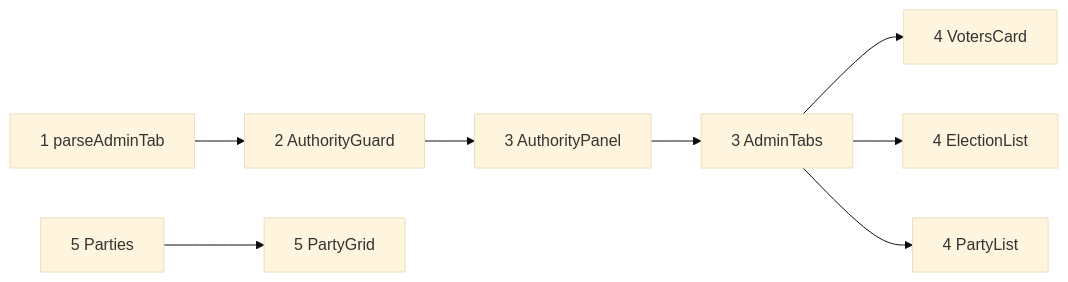
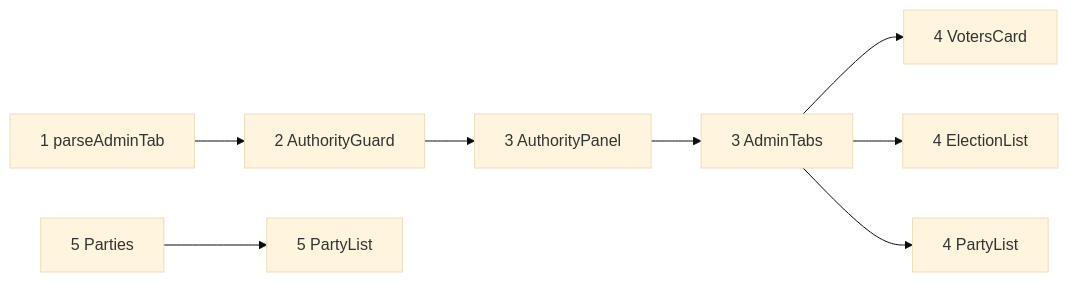
Before and after one commit to paulosergioamorim/ethereum_elections_dapp: the first of 2 diagrams in .specs/features/page-layout/plan.md, drawn with Mermaid (base theme). The commit also changed other lines of this file and 3 other files, not shown here.

````diff
--- a/.specs/features/page-layout/plan.md
+++ b/.specs/features/page-layout/plan.md
@@ -24,10 +24,10 @@
 ```mermaid
 flowchart LR
   U[1 parseAdminTab] --> G[2 AuthorityGuard]
   G --> P[3 AuthorityPanel]
   P --> T[3 AdminTabs]
   T --> V[4 VotersCard]
   T --> E[4 ElectionList]
   T --> L[4 PartyList]
-  R[5 Parties] --> D[5 PartyGrid]
+  R[5 Parties] --> D[5 PartyList]
 ```
````
